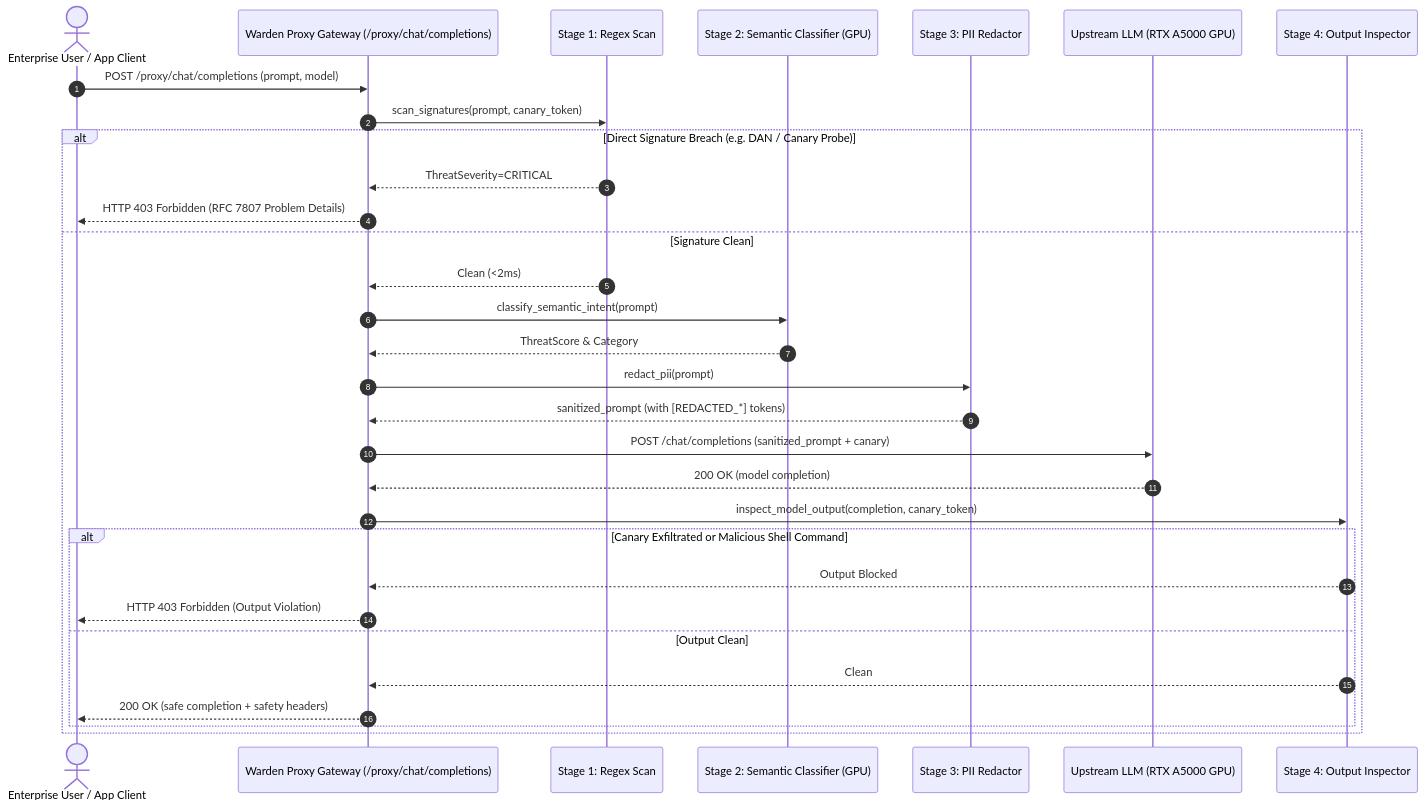
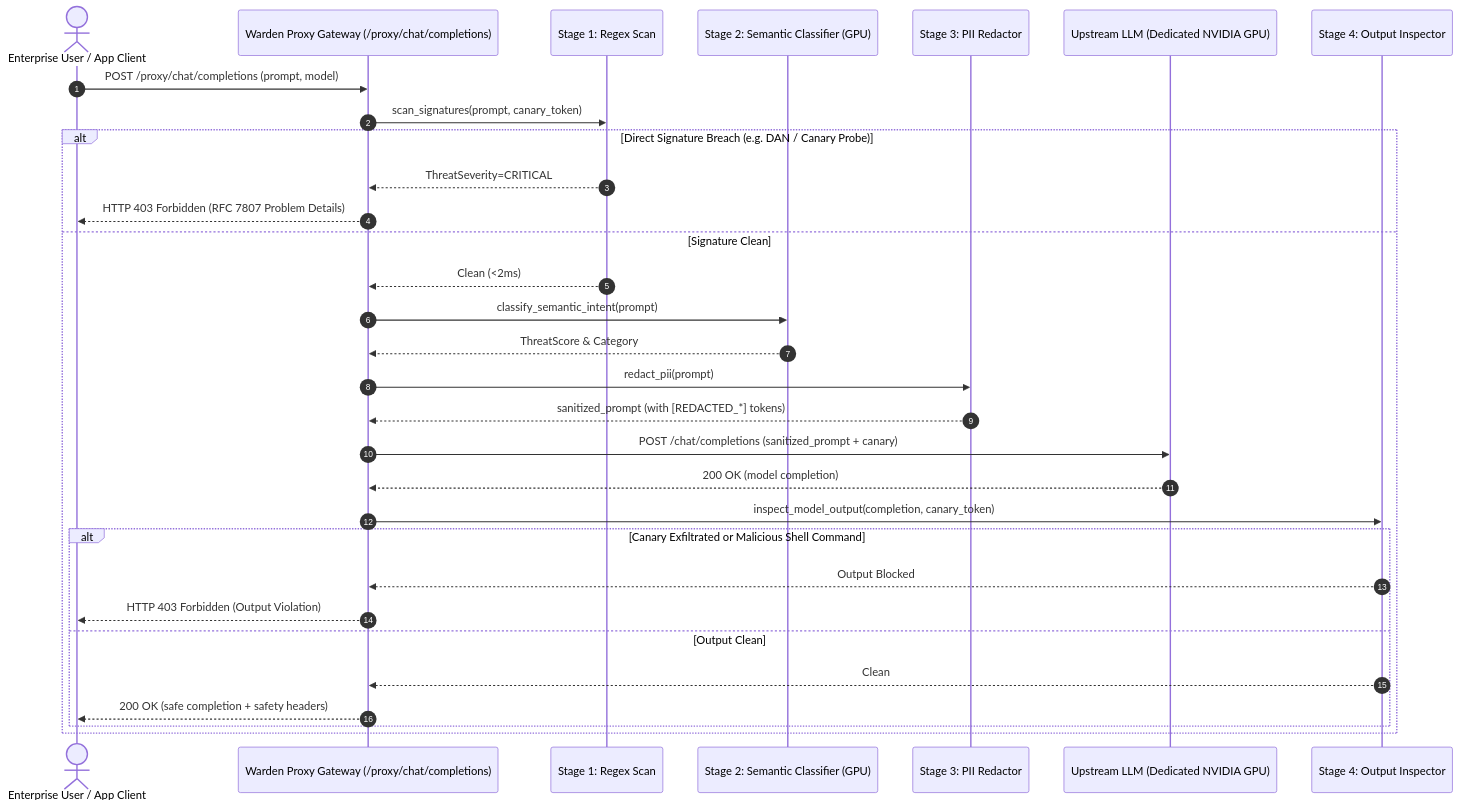
Before and after one commit to Kyrollo/warden: the second of 3 diagrams in docs/architecture.md, drawn with Mermaid. The commit also changed other lines of this file and 4 other files, not shown here.

````diff
--- a/docs/architecture.md
+++ b/docs/architecture.md
@@ -59,34 +59,34 @@
 ```mermaid
 sequenceDiagram
     autonumber
     actor Client as Enterprise User / App Client
     participant Proxy as Warden Proxy Gateway (/proxy/chat/completions)
     participant S1 as Stage 1: Regex Scan
     participant S2 as Stage 2: Semantic Classifier (GPU)
     participant S3 as Stage 3: PII Redactor
-    participant Ollama as Upstream LLM (RTX A5000 GPU)
+    participant Ollama as Upstream LLM (Dedicated NVIDIA GPU)
     participant S4 as Stage 4: Output Inspector
 
     Client->>Proxy: POST /proxy/chat/completions (prompt, model)
     Proxy->>S1: scan_signatures(prompt, canary_token)
     alt Direct Signature Breach (e.g. DAN / Canary Probe)
         S1-->>Proxy: ThreatSeverity=CRITICAL
         Proxy-->>Client: HTTP 403 Forbidden (RFC 7807 Problem Details)
     else Signature Clean
         S1-->>Proxy: Clean (<2ms)
         Proxy->>S2: classify_semantic_intent(prompt)
         S2-->>Proxy: ThreatScore & Category
         Proxy->>S3: redact_pii(prompt)
         S3-->>Proxy: sanitized_prompt (with [REDACTED_*] tokens)
         Proxy->>Ollama: POST /chat/completions (sanitized_prompt + canary)
         Ollama-->>Proxy: 200 OK (model completion)
         Proxy->>S4: inspect_model_output(completion, canary_token)
         alt Canary Exfiltrated or Malicious Shell Command
             S4-->>Proxy: Output Blocked
             Proxy-->>Client: HTTP 403 Forbidden (Output Violation)
         else Output Clean
             S4-->>Proxy: Clean
             Proxy-->>Client: 200 OK (safe completion + safety headers)
         end
     end
 ```
````
